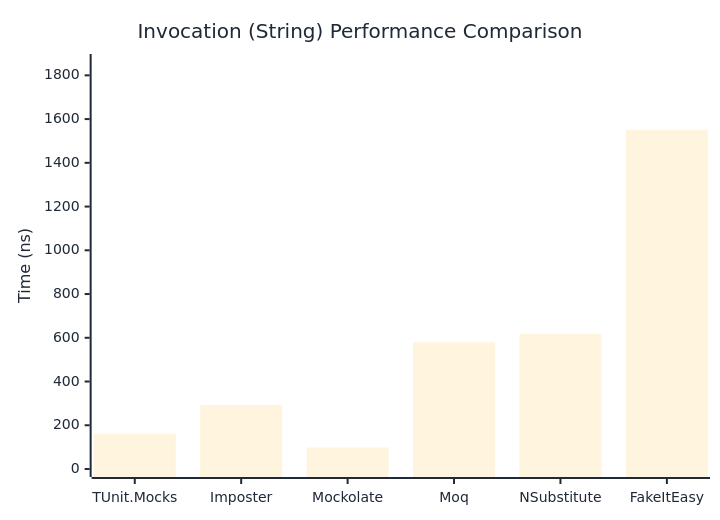
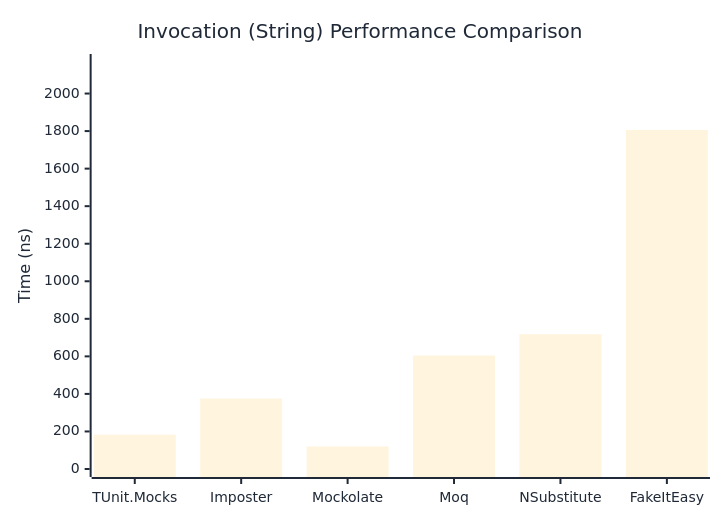
The second of 3 diagrams in docs/docs/benchmarks/mocks/Invocation.md (thomhurst/TUnit), drawn with Mermaid before and after one commit. The commit also changed other lines of this file and 14 other files, not shown here.

````diff
--- a/docs/docs/benchmarks/mocks/Invocation.md
+++ b/docs/docs/benchmarks/mocks/Invocation.md
@@ -69,27 +69,27 @@
 ```mermaid
 %%{init: {
   'theme':'base',
   'themeVariables': {
     'primaryColor': '#2563eb',
     'primaryTextColor': '#1f2937',
     'primaryBorderColor': '#1e40af',
     'lineColor': '#6b7280',
     'secondaryColor': '#7c3aed',
     'tertiaryColor': '#dc2626',
     'background': '#ffffff',
     'pie1': '#2563eb',
     'pie2': '#7c3aed',
     'pie3': '#dc2626',
     'pie4': '#f59e0b',
     'pie5': '#10b981',
     'pie6': '#06b6d4',
     'pie7': '#ec4899',
     'pie8': '#6366f1'
   }
 }}%%
 xychart-beta
   title "Invocation (String) Performance Comparison"
   x-axis ["TUnit.Mocks", "Imposter", "Mockolate", "Moq", "NSubstitute", "FakeItEasy"]
-  y-axis "Time (ns)" 0 --> 1861
-  bar [161.43, 292.3, 98.52, 579.18, 617.9, 1550.73]
+  y-axis "Time (ns)" 0 --> 2168
+  bar [182.5, 375.2, 120, 604.4, 718, 1806.2]
 ```
````
